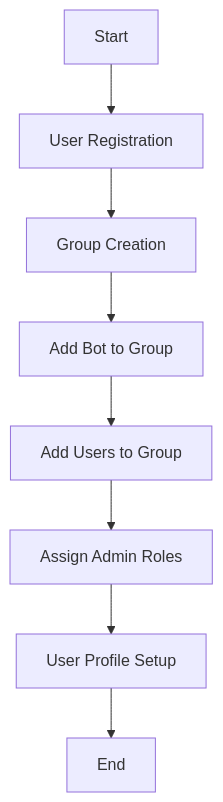
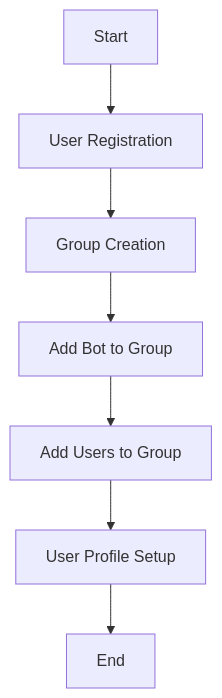
The diagram in docs/user_management.md (SohamNaik26/gully_guru), drawn with Mermaid before and after one commit. The commit also changed other lines of this file and 44 other files, not shown here.

````diff
--- a/docs/user_management.md
+++ b/docs/user_management.md
@@ -7,10 +7,9 @@
 ```mermaid
 flowchart TD
     A[Start] --> B[User Registration]
     B --> C[Group Creation]
     C --> D[Add Bot to Group]
     D --> E[Add Users to Group]
-    E --> F[Assign Admin Roles]
-    F --> G[User Profile Setup]
-    G --> H[End]
+    E --> F[User Profile Setup]
+    F --> G[End]
 ```
````
